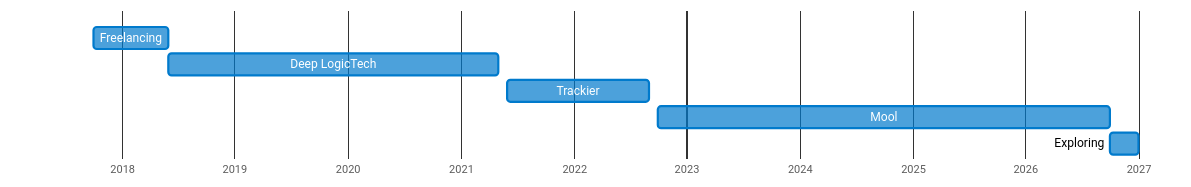
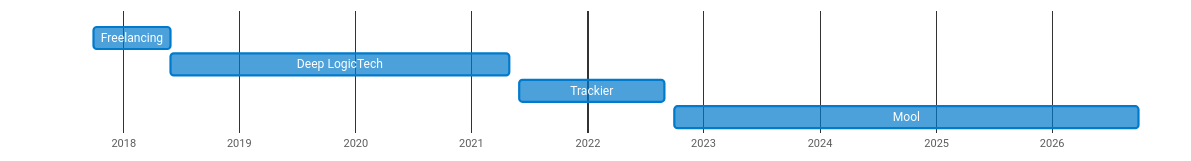
One commit to arpit9616/arpit9616 changed the diagram in README.md. Above: the diagram before and after it, drawn with Mermaid. The commit also changed other lines of this file, not shown here.

````diff
--- a/README.md
+++ b/README.md
@@ -15,14 +15,13 @@
 ```mermaid
 %%{init: {"themeVariables": {"taskBkgColor": "rgba(0, 122, 204, 0.7)", "taskBorderColor": "#007ACC", "taskTextColor": "#FFFFFF", "taskTextLightColor": "#FFFFFF", "sectionBkgColor": "transparent", "altSectionBkgColor": "transparent"}}}%%
 gantt
     dateFormat YYYY-MM
     axisFormat %Y
     tickInterval 1year
     todayMarker off
 
     Freelancing       :2017-10, 2018-06
     Deep LogicTech    :2018-06, 2021-05
     Trackier          :2021-06, 2022-09
     Mool              :2022-10, 2026-10
-    Exploring         :2026-10, 2027-01
 ```
````
